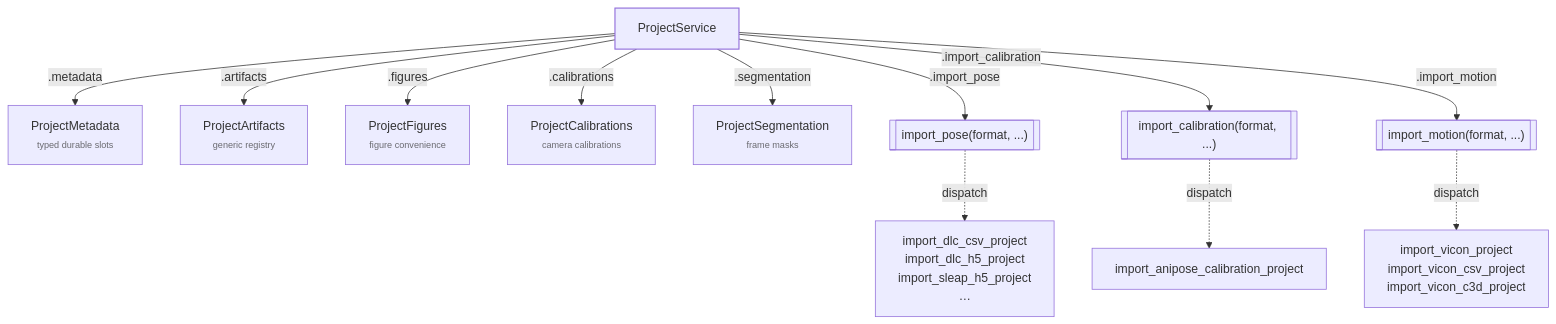
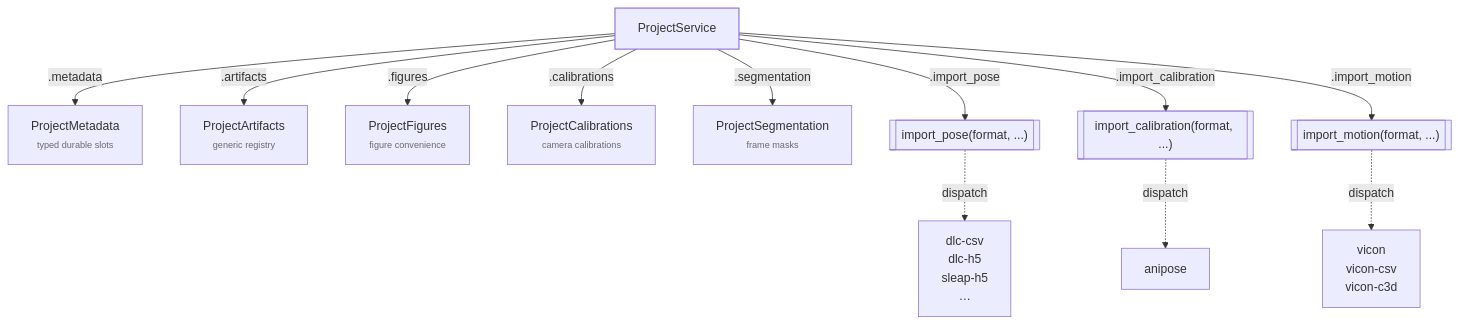
One commit to Alfredo-Sandoval/exp-pkg changed the first of 2 diagrams in docs/api/services.md. Above: the diagram before and after it, drawn with Mermaid. The commit also changed other lines of this file and 32 other files, not shown here.

````diff
--- a/docs/api/services.md
+++ b/docs/api/services.md
@@ -9,20 +9,20 @@
 ```mermaid
 flowchart TD
     svc["ProjectService"]:::accent
 
     svc -->|.metadata| meta["ProjectMetadata<br/><span style='font-size:0.75em;opacity:0.7'>typed durable slots</span>"]
     svc -->|.artifacts| arts["ProjectArtifacts<br/><span style='font-size:0.75em;opacity:0.7'>generic registry</span>"]
     svc -->|.figures| figs["ProjectFigures<br/><span style='font-size:0.75em;opacity:0.7'>figure convenience</span>"]
     svc -->|.calibrations| cals["ProjectCalibrations<br/><span style='font-size:0.75em;opacity:0.7'>camera calibrations</span>"]
     svc -->|.segmentation| segs["ProjectSegmentation<br/><span style='font-size:0.75em;opacity:0.7'>frame masks</span>"]
 
     svc -->|.import_pose| ipose[["import_pose(format, ...)"]]
     svc -->|.import_calibration| ical[["import_calibration(format, ...)"]]
     svc -->|.import_motion| imot[["import_motion(format, ...)"]]
 
-    ipose -.dispatch.-> dlc["import_dlc_csv_project<br/>import_dlc_h5_project<br/>import_sleap_h5_project<br/>…"]
-    ical -.dispatch.-> ani["import_anipose_calibration_project"]
-    imot -.dispatch.-> vic["import_vicon_project<br/>import_vicon_csv_project<br/>import_vicon_c3d_project"]
+    ipose -.dispatch.-> dlc["dlc-csv<br/>dlc-h5<br/>sleap-h5<br/>…"]
+    ical -.dispatch.-> ani["anipose"]
+    imot -.dispatch.-> vic["vicon<br/>vicon-csv<br/>vicon-c3d"]
 
     classDef accent stroke-width:1.5px;
 ```
````
